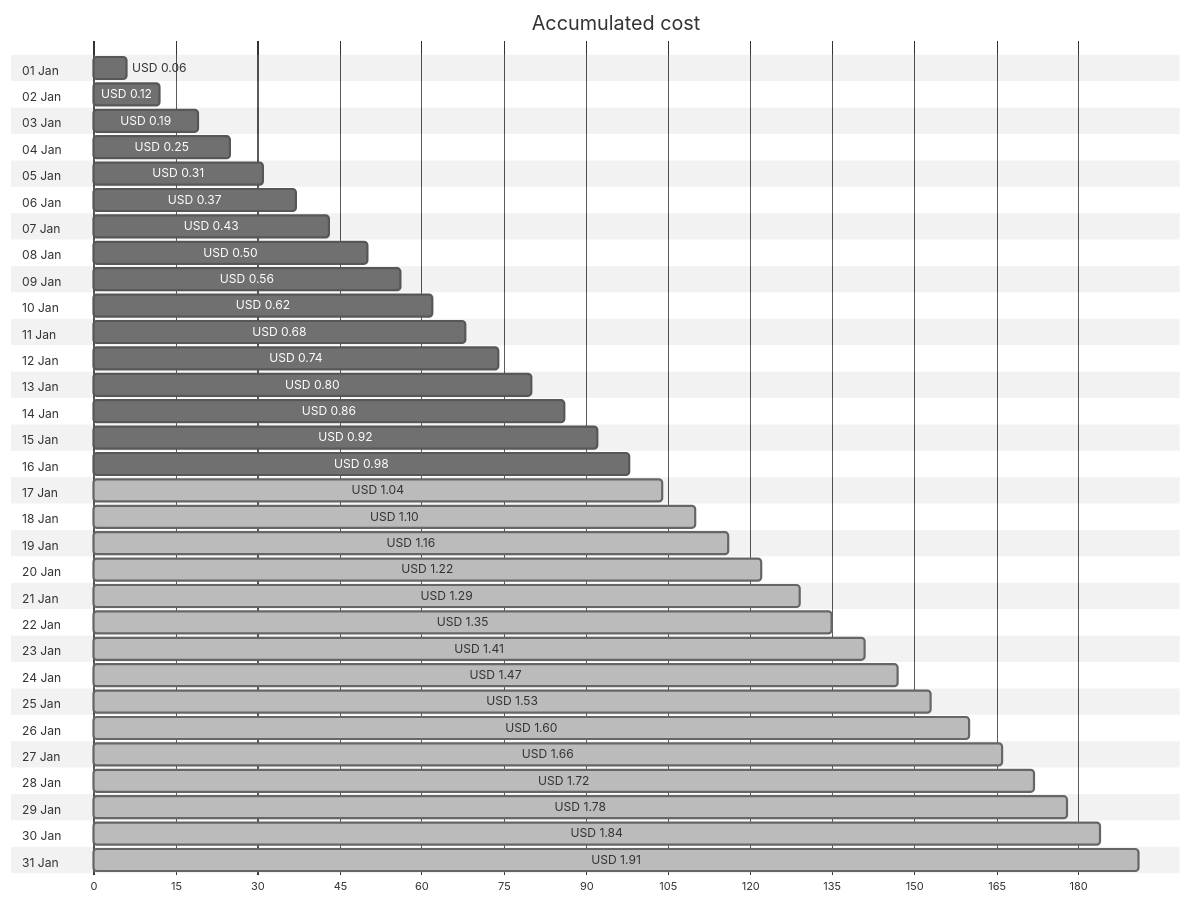
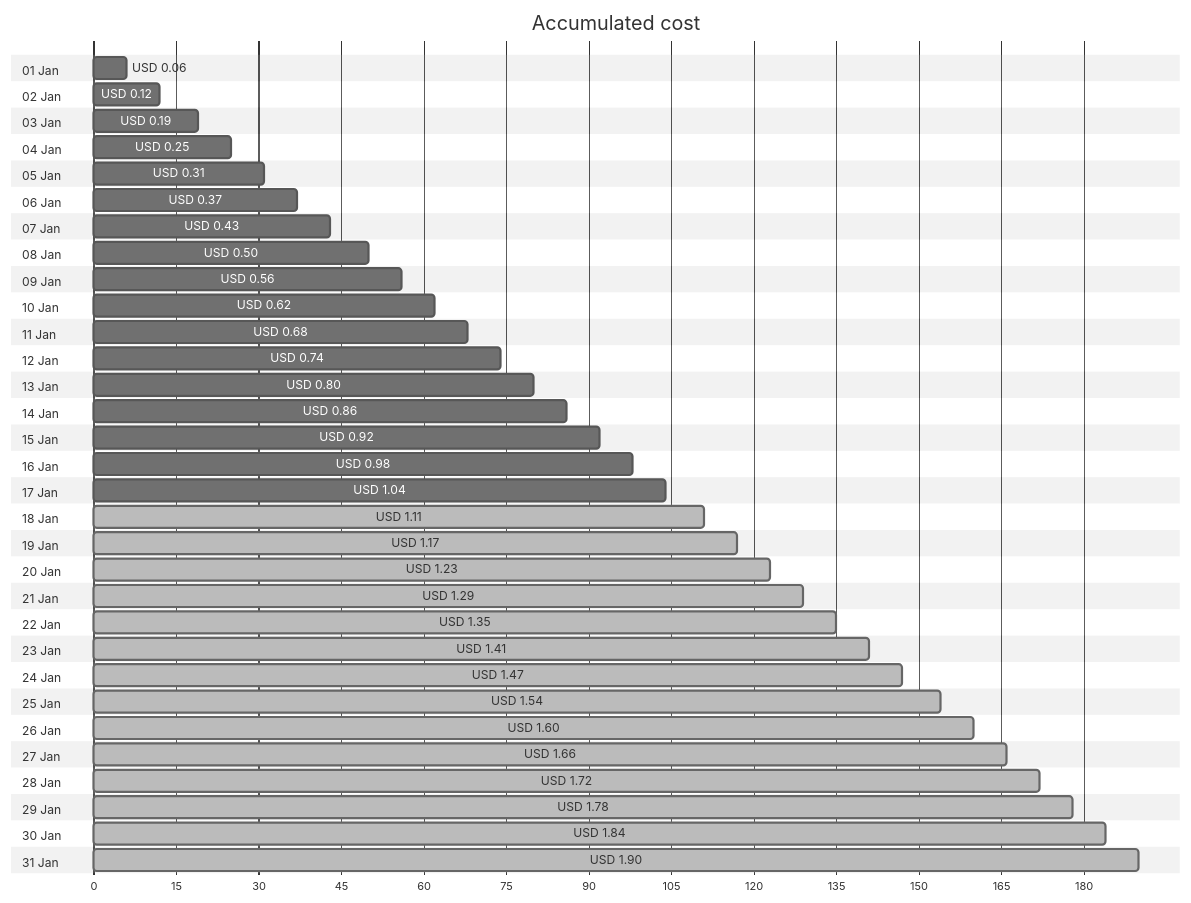
The first of 4 diagrams in cost-reports/personal-network/backup-server_OsDisk.md (jpfulton/azure-personal-reports), drawn with Mermaid (neutral theme) before and after one commit. The commit also changed other lines of this file and 8 other files, not shown here.

````diff
--- a/cost-reports/personal-network/backup-server_OsDisk.md
+++ b/cost-reports/personal-network/backup-server_OsDisk.md
@@ -20,68 +20,68 @@
 ```mermaid
 gantt
    title Accumulated cost
    dateFormat  X
    axisFormat %s
    section 01 Jan
    USD 0.06 :0, 6
    section 02 Jan
    USD 0.12 :0, 12
    section 03 Jan
    USD 0.19 :0, 19
    section 04 Jan
    USD 0.25 :0, 25
    section 05 Jan
    USD 0.31 :0, 31
    section 06 Jan
    USD 0.37 :0, 37
    section 07 Jan
    USD 0.43 :0, 43
    section 08 Jan
    USD 0.50 :0, 50
    section 09 Jan
    USD 0.56 :0, 56
    section 10 Jan
    USD 0.62 :0, 62
    section 11 Jan
    USD 0.68 :0, 68
    section 12 Jan
    USD 0.74 :0, 74
    section 13 Jan
    USD 0.80 :0, 80
    section 14 Jan
    USD 0.86 :0, 86
    section 15 Jan
    USD 0.92 :0, 92
    section 16 Jan
    USD 0.98 :0, 98
    section 17 Jan
-   USD 1.04 : done, 0, 104
+   USD 1.04 :0, 104
    section 18 Jan
-   USD 1.10 : done, 0, 110
+   USD 1.11 : done, 0, 111
    section 19 Jan
-   USD 1.16 : done, 0, 116
+   USD 1.17 : done, 0, 117
    section 20 Jan
-   USD 1.22 : done, 0, 122
+   USD 1.23 : done, 0, 123
    section 21 Jan
    USD 1.29 : done, 0, 129
    section 22 Jan
    USD 1.35 : done, 0, 135
    section 23 Jan
    USD 1.41 : done, 0, 141
    section 24 Jan
    USD 1.47 : done, 0, 147
    section 25 Jan
-   USD 1.53 : done, 0, 153
+   USD 1.54 : done, 0, 154
    section 26 Jan
    USD 1.60 : done, 0, 160
    section 27 Jan
    USD 1.66 : done, 0, 166
    section 28 Jan
    USD 1.72 : done, 0, 172
    section 29 Jan
    USD 1.78 : done, 0, 178
    section 30 Jan
    USD 1.84 : done, 0, 184
    section 31 Jan
-   USD 1.91 : done, 0, 191
+   USD 1.90 : done, 0, 190
 ```
````
